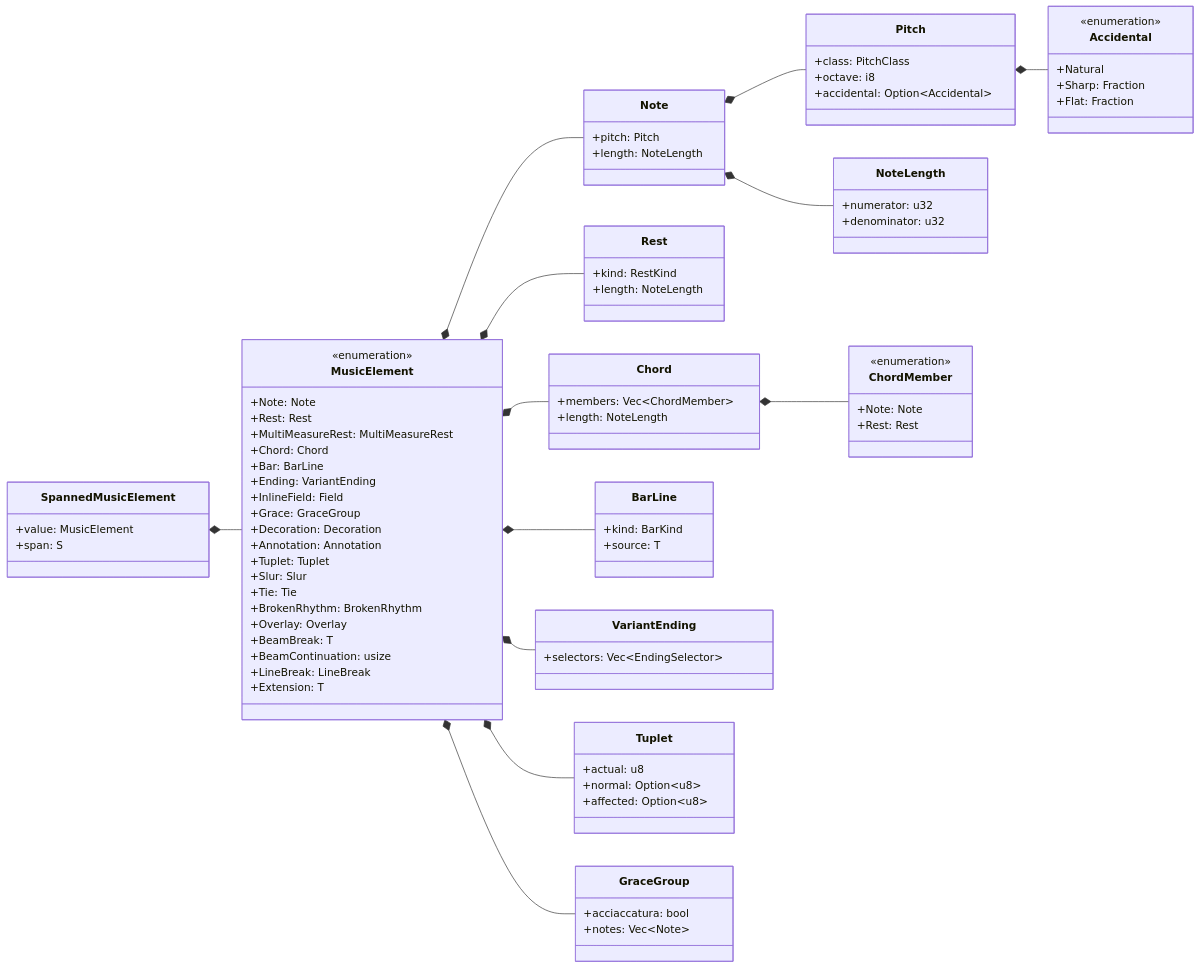
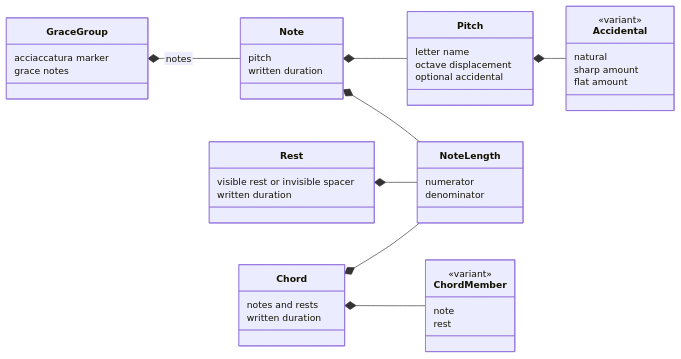
The eighth of 8 diagrams in docs/architecture.md (mauricebarnum/abc-parser), drawn with Mermaid before and after one commit. The commit also changed other lines of this file, not shown here.

First line of the commit message:
Refine architecture diagram readability

````diff
--- a/docs/architecture.md
+++ b/docs/architecture.md
@@ -464,90 +584,55 @@
 ```mermaid
+---
+config:
+  htmlLabels: false
+  themeVariables:
+    fontSize: 14px
+  flowchart:
+    rankSpacing: 0
+---
 classDiagram
     direction LR
-    class SpannedMusicElement {
-        +value: MusicElement
-        +span: S
-    }
-    class MusicElement {
-        <<enumeration>>
-        +Note: Note
-        +Rest: Rest
-        +MultiMeasureRest: MultiMeasureRest
-        +Chord: Chord
-        +Bar: BarLine
-        +Ending: VariantEnding
-        +InlineField: Field
-        +Grace: GraceGroup
-        +Decoration: Decoration
-        +Annotation: Annotation
-        +Tuplet: Tuplet
-        +Slur: Slur
-        +Tie: Tie
-        +BrokenRhythm: BrokenRhythm
-        +Overlay: Overlay
-        +BeamBreak: T
-        +BeamContinuation: usize
-        +LineBreak: LineBreak
-        +Extension: T
-    }
     class Note {
-        +pitch: Pitch
-        +length: NoteLength
+        pitch
+        written duration
     }
     class Rest {
-        +kind: RestKind
-        +length: NoteLength
+        visible rest or invisible spacer
+        written duration
     }
     class Chord {
-        +members: Vec~ChordMember~
-        +length: NoteLength
-    }
-    class BarLine {
-        +kind: BarKind
-        +source: T
-    }
-    class VariantEnding {
-        +selectors: Vec~EndingSelector~
-    }
-    class Tuplet {
-        +actual: u8
-        +normal: Option~u8~
-        +affected: Option~u8~
+        notes and rests
+        written duration
     }
     class GraceGroup {
-        +acciaccatura: bool
-        +notes: Vec~Note~
+        acciaccatura marker
+        grace notes
     }
     class Pitch {
-        +class: PitchClass
-        +octave: i8
-        +accidental: Option~Accidental~
+        letter name
+        octave displacement
+        optional accidental
     }
     class NoteLength {
-        +numerator: u32
-        +denominator: u32
+        numerator
+        denominator
     }
     class Accidental {
-        <<enumeration>>
-        +Natural
-        +Sharp: Fraction
-        +Flat: Fraction
+        <<variant>>
+        natural
+        sharp amount
+        flat amount
     }
     class ChordMember {
-        <<enumeration>>
-        +Note: Note
-        +Rest: Rest
+        <<variant>>
+        note
+        rest
     }
-    SpannedMusicElement *-- MusicElement
-    MusicElement *-- Note
-    MusicElement *-- Rest
-    MusicElement *-- Chord
-    MusicElement *-- BarLine
-    MusicElement *-- VariantEnding
-    MusicElement *-- Tuplet
-    MusicElement *-- GraceGroup
     Note *-- Pitch
     Note *-- NoteLength
+    Rest *-- NoteLength
     Pitch *-- Accidental
     Chord *-- ChordMember
+    Chord *-- NoteLength
+    GraceGroup *-- Note : notes
 ```
````
